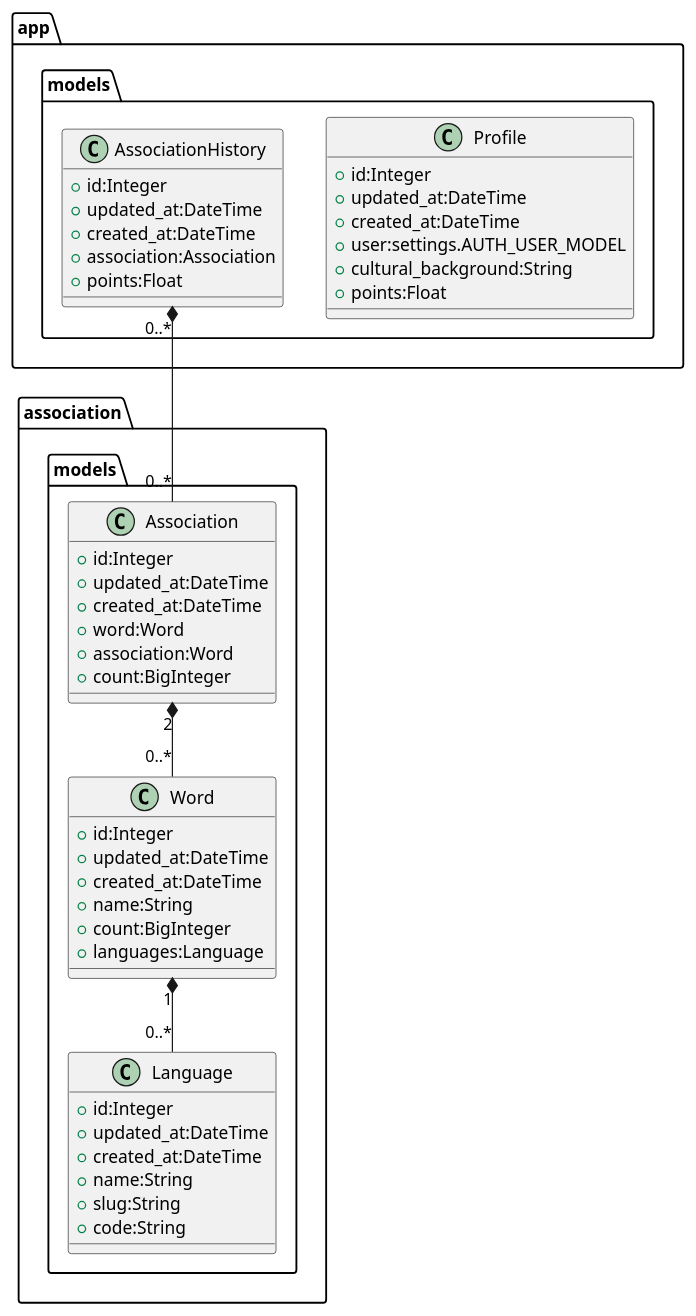
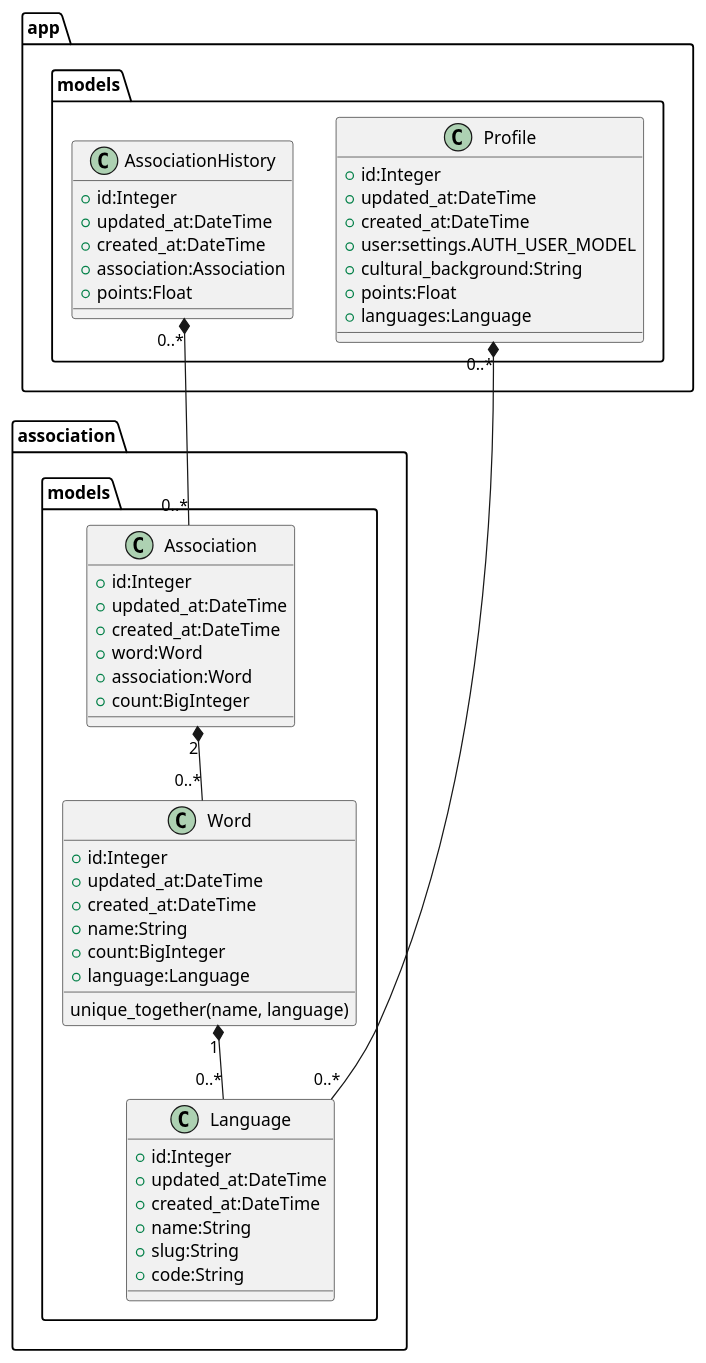
One commit to Tima-Is-My-Association/docs changed the diagram in tima.puml. Above: the diagram before and after it, drawn with PlantUML. The commit also changed 1 other file, not shown here.

Commit message:
Updated uml.

```diff
--- a/tima.puml
+++ b/tima.puml
@@ -1,51 +1,54 @@
 @startuml
 
 class association.models.Language {
     +id:Integer
     +updated_at:DateTime
     +created_at:DateTime
     +name:String
     +slug:String
     +code:String
 }
 
 class association.models.Word {
     +id:Integer
     +updated_at:DateTime
     +created_at:DateTime
     +name:String
     +count:BigInteger
-    +languages:Language
+    +language:Language
+    unique_together(name, language)
 }
 
 class association.models.Association {
     +id:Integer
     +updated_at:DateTime
     +created_at:DateTime
     +word:Word
     +association:Word
     +count:BigInteger
 }
 
 class app.models.Profile {
     +id:Integer
     +updated_at:DateTime
     +created_at:DateTime
     +user:settings.AUTH_USER_MODEL
     +cultural_background:String
     +points:Float
+    +languages:Language
 }
 
 class app.models.AssociationHistory {
     +id:Integer
     +updated_at:DateTime
     +created_at:DateTime
     +association:Association
     +points:Float
 }
 
 app.models.AssociationHistory "0..*" *-- "0..*" association.models.Association
+app.models.Profile "0..*" *-- "0..*" association.models.Language
 association.models.Association "2" *-- "0..*" association.models.Word
 association.models.Word "1" *-- "0..*" association.models.Language
 
 @enduml
```
